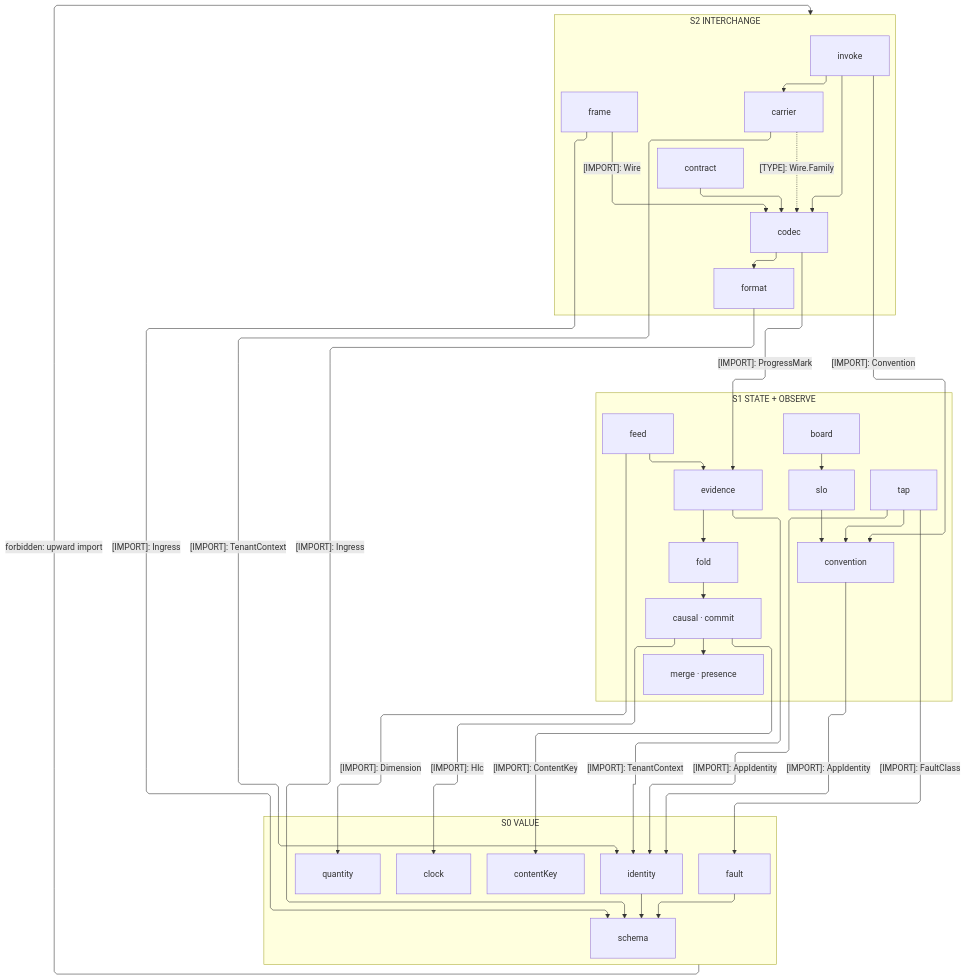
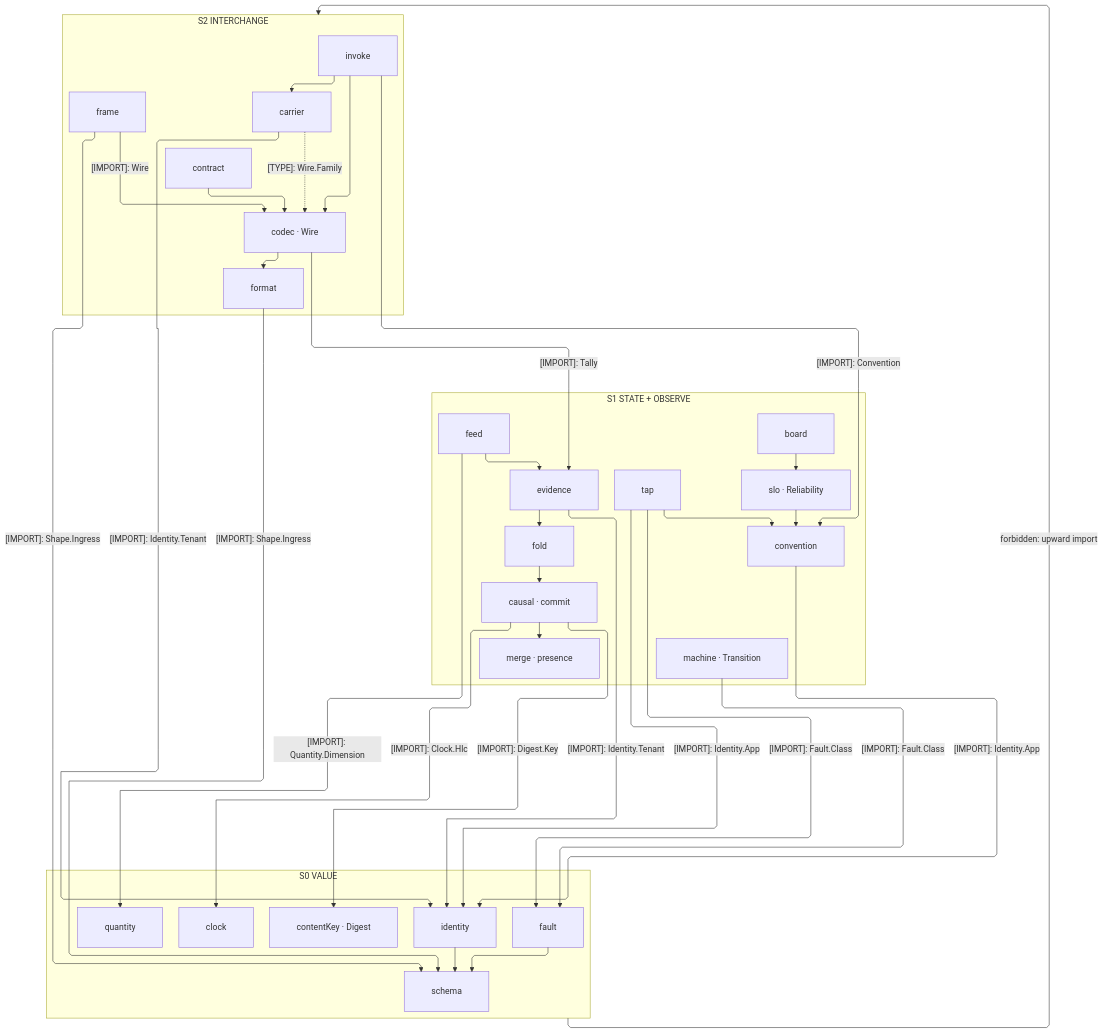
Before and after one commit to bsamiee/Rasm: the first of 4 diagrams in libs/typescript/core/ARCHITECTURE.md, drawn with Mermaid. The commit also changed other lines of this file and 400 other files, not shown here.

````diff
--- a/libs/typescript/core/ARCHITECTURE.md
+++ b/libs/typescript/core/ARCHITECTURE.md
@@ -50,68 +50,70 @@
 ```mermaid
 ---
 config:
   layout: elk
   flowchart:
     curve: linear
     padding: 25
 ---
 flowchart TB
     accTitle: Core interior import strata
     accDescr: Three interior strata — interchange over the state and observe peers onto the value floor; imports downward, one forbidden upward edge.
     subgraph S2["S2 INTERCHANGE"]
         Invoke[invoke]
         CarrierP[carrier]
         Contract[contract]
-        Codec[codec]
+        Codec[codec · Wire]
         Format[format]
         Frame[frame]
     end
     subgraph S1["S1 STATE + OBSERVE"]
         Tap[tap]
         Board[board]
-        Slo[slo]
+        Reliability[slo · Reliability]
         Convention[convention]
         Feed[feed]
         Evidence[evidence]
+        Transition[machine · Transition]
         Fold[fold]
         Causal["causal · commit"]
         Merge["merge · presence"]
     end
     subgraph S0["S0 VALUE"]
         Identity[identity]
         Quantity[quantity]
         Clock[clock]
-        ContentKey[contentKey]
+        Digest[contentKey · Digest]
         Schema[schema]
         Fault[fault]
     end
     Codec i1@--> Format
     Frame e1@-->|"[IMPORT]: Wire"| Codec
     Contract i2@--> Codec
     Invoke i3@--> Codec
     Invoke i12@--> CarrierP
     CarrierP e19@-.->|"[TYPE]: Wire.Family"| Codec
-    Format e20@-->|"[IMPORT]: Ingress"| Schema
-    CarrierP e18@-->|"[IMPORT]: TenantContext"| Identity
-    Codec e2@-->|"[IMPORT]: ProgressMark"| Evidence
+    Format e20@-->|"[IMPORT]: Shape.Ingress"| Schema
+    CarrierP e18@-->|"[IMPORT]: Identity.Tenant"| Identity
+    Codec e2@-->|"[IMPORT]: Tally"| Evidence
     Invoke e3@-->|"[IMPORT]: Convention"| Convention
-    Frame e4@-->|"[IMPORT]: Ingress"| Schema
-    Causal e5@-->|"[IMPORT]: Hlc"| Clock
+    Frame e4@-->|"[IMPORT]: Shape.Ingress"| Schema
+    Causal e5@-->|"[IMPORT]: Clock.Hlc"| Clock
     Causal i4@--> Merge
-    Causal e6@-->|"[IMPORT]: ContentKey"| ContentKey
+    Causal e6@-->|"[IMPORT]: Digest.Key"| Digest
     Fold i5@--> Causal
     Evidence i6@--> Fold
-    Evidence e7@-->|"[IMPORT]: TenantContext"| Identity
+    Evidence e7@-->|"[IMPORT]: Identity.Tenant"| Identity
     Feed i7@--> Evidence
-    Feed e8@-->|"[IMPORT]: Dimension"| Quantity
-    Slo i8@--> Convention
+    Feed e8@-->|"[IMPORT]: Quantity.Dimension"| Quantity
+    Transition e21@-->|"[IMPORT]: Fault.Class"| Fault
+    Reliability i8@--> Convention
     Tap i12@--> Convention
-    Board i9@--> Slo
-    Convention e9@-->|"[IMPORT]: AppIdentity"| Identity
-    Tap e10@-->|"[IMPORT]: FaultClass"| Fault
-    Tap e11@-->|"[IMPORT]: AppIdentity"| Identity
+    Board i9@--> Reliability
+    Convention e9@-->|"[IMPORT]: Identity.App"| Identity
+    Tap e10@-->|"[IMPORT]: Fault.Class"| Fault
+    Tap e11@-->|"[IMPORT]: Identity.App"| Identity
     Identity i10@--> Schema
     Fault i11@--> Schema
     Invoke ~~~ Board
     S0 f1@-->|"forbidden: upward import"| S2
 ```
````
